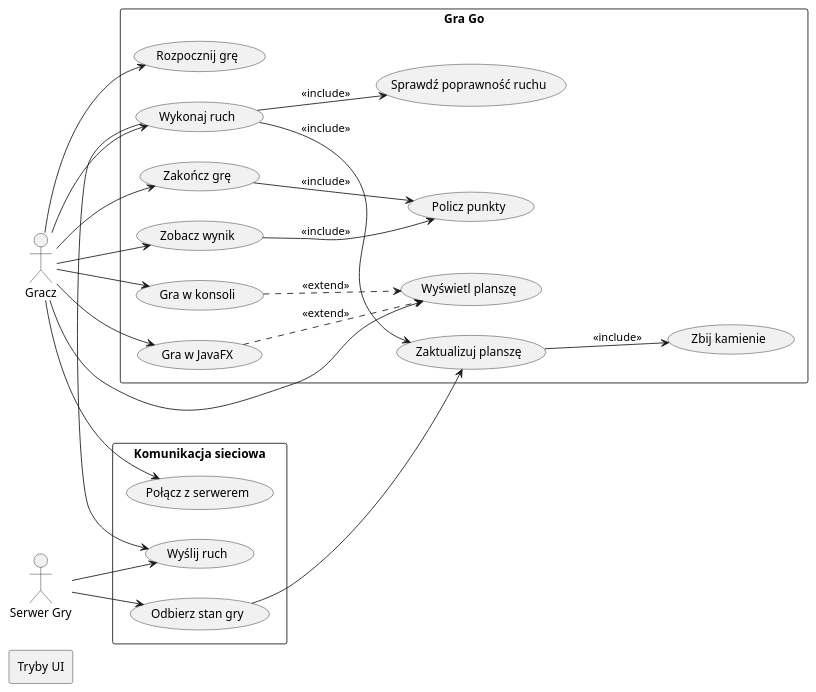
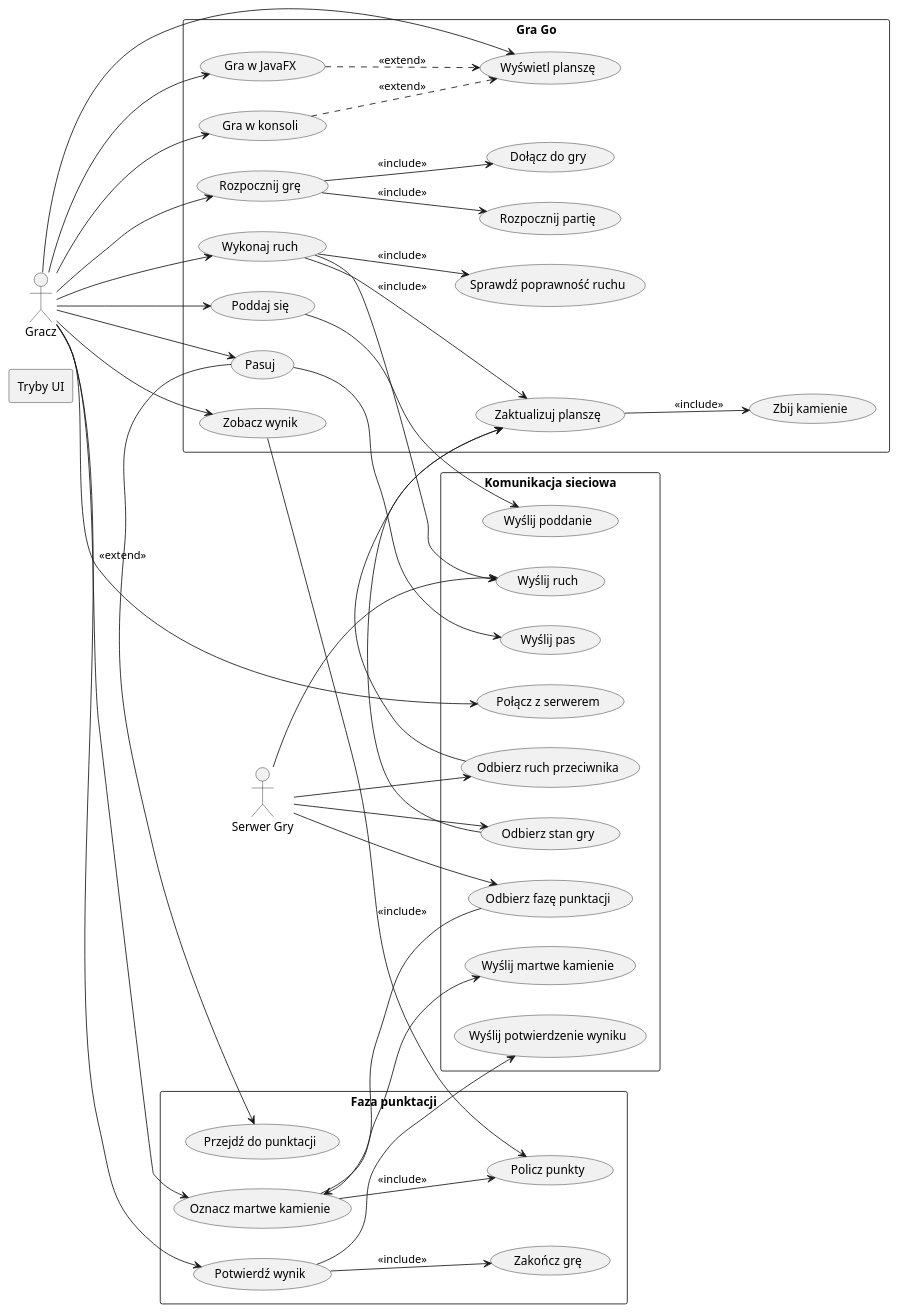
One commit to HyTacker20/go-game-client-server changed the diagram in src/UML/usecase.puml. Above: the diagram before and after it, drawn with PlantUML. The commit also changed 1 other file, not shown here.

Commit message:
feat: Update UML diagrams to reflect new game mechanics and scoring phase interactions

```diff
--- a/src/UML/usecase.puml
+++ b/src/UML/usecase.puml
@@ -1,48 +1,73 @@
 @startuml
 left to right direction
 skinparam packageStyle rectangle
 
 actor "Gracz" as Player
 actor "Serwer Gry" as Server
 
 rectangle "Gra Go" {
 
     Player --> (Rozpocznij grę)
     Player --> (Wykonaj ruch)
-    Player --> (Zakończ grę)
+    Player --> (Pasuj)
+    Player --> (Poddaj się)
     Player --> (Zobacz wynik)
     Player --> (Wyświetl planszę)
 
     (Wykonaj ruch) --> (Sprawdź poprawność ruchu) : <<include>>
     (Wykonaj ruch) --> (Zaktualizuj planszę) : <<include>>
     (Zaktualizuj planszę) --> (Zbij kamienie) : <<include>>
 
-    (Zakończ grę) --> (Policz punkty) : <<include>>
-    (Zobacz wynik) --> (Policz punkty) : <<include>>
+    (Rozpocznij grę) --> (Dołącz do gry) : <<include>>
+    (Rozpocznij grę) --> (Rozpocznij partię) : <<include>>
 
     (Gra w konsoli) ..> (Wyświetl planszę) : <<extend>>
     (Gra w JavaFX) ..> (Wyświetl planszę) : <<extend>>
+}
+
+rectangle "Faza punktacji" {
+    Player --> (Oznacz martwe kamienie)
+    Player --> (Potwierdź wynik)
+    
+    (Pasuj) --> (Przejdź do punktacji) : <<extend>>
+    (Oznacz martwe kamienie) --> (Policz punkty) : <<include>>
+    (Potwierdź wynik) --> (Zakończ grę) : <<include>>
+    (Zobacz wynik) --> (Policz punkty) : <<include>>
 }
 
 rectangle "Tryby UI" {
     (Gra w konsoli)
     (Gra w JavaFX)
 }
 
 Player --> (Gra w konsoli)
 Player --> (Gra w JavaFX)
 
 rectangle "Komunikacja sieciowa" {
     (Połącz z serwerem)
     (Wyślij ruch)
+    (Wyślij pas)
+    (Wyślij poddanie)
+    (Wyślij martwe kamienie)
+    (Wyślij potwierdzenie wyniku)
     (Odbierz stan gry)
+    (Odbierz ruch przeciwnika)
+    (Odbierz fazę punktacji)
 }
 
 Player --> (Połącz z serwerem)
 (Wykonaj ruch) --> (Wyślij ruch)
+(Pasuj) --> (Wyślij pas)
+(Poddaj się) --> (Wyślij poddanie)
+(Oznacz martwe kamienie) --> (Wyślij martwe kamienie)
+(Potwierdź wynik) --> (Wyślij potwierdzenie wyniku)
 (Odbierz stan gry) --> (Zaktualizuj planszę)
+(Odbierz ruch przeciwnika) --> (Zaktualizuj planszę)
+(Odbierz fazę punktacji) --> (Oznacz martwe kamienie)
 
 Server --> (Odbierz stan gry)
 Server --> (Wyślij ruch)
+Server --> (Odbierz ruch przeciwnika)
+Server --> (Odbierz fazę punktacji)
 
 @enduml
```
